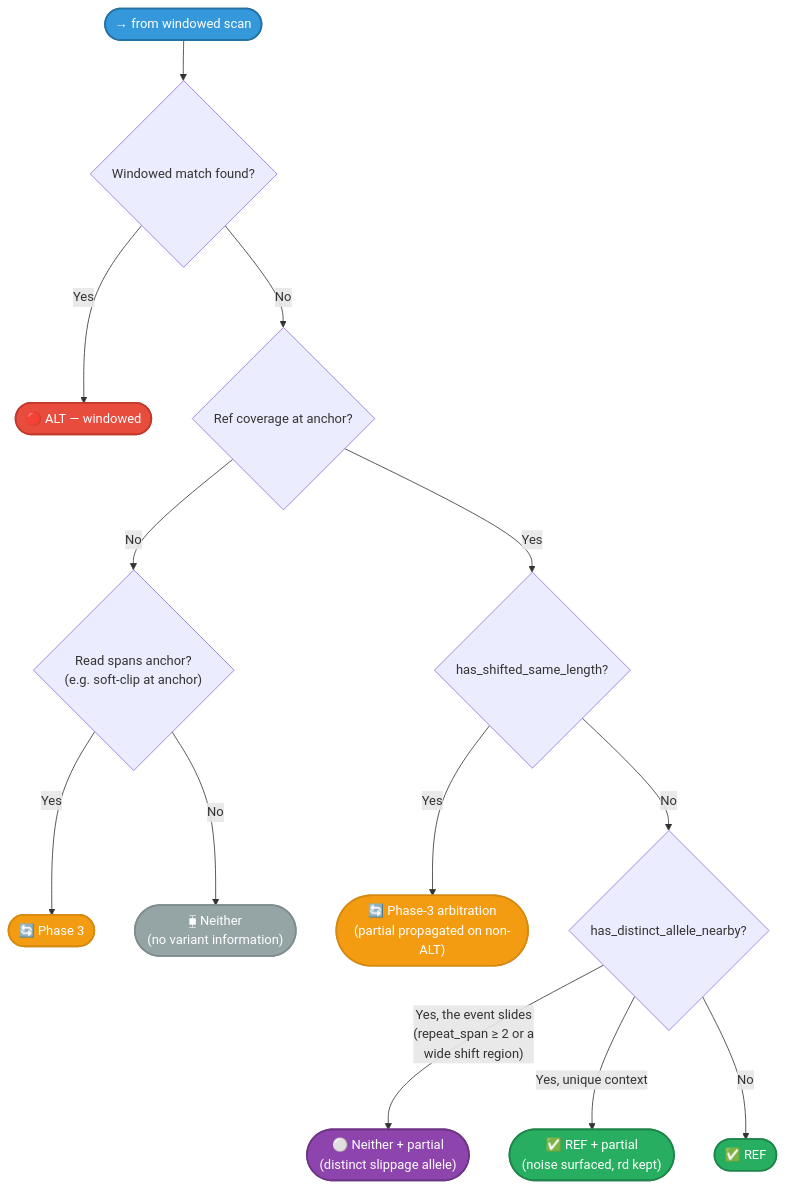
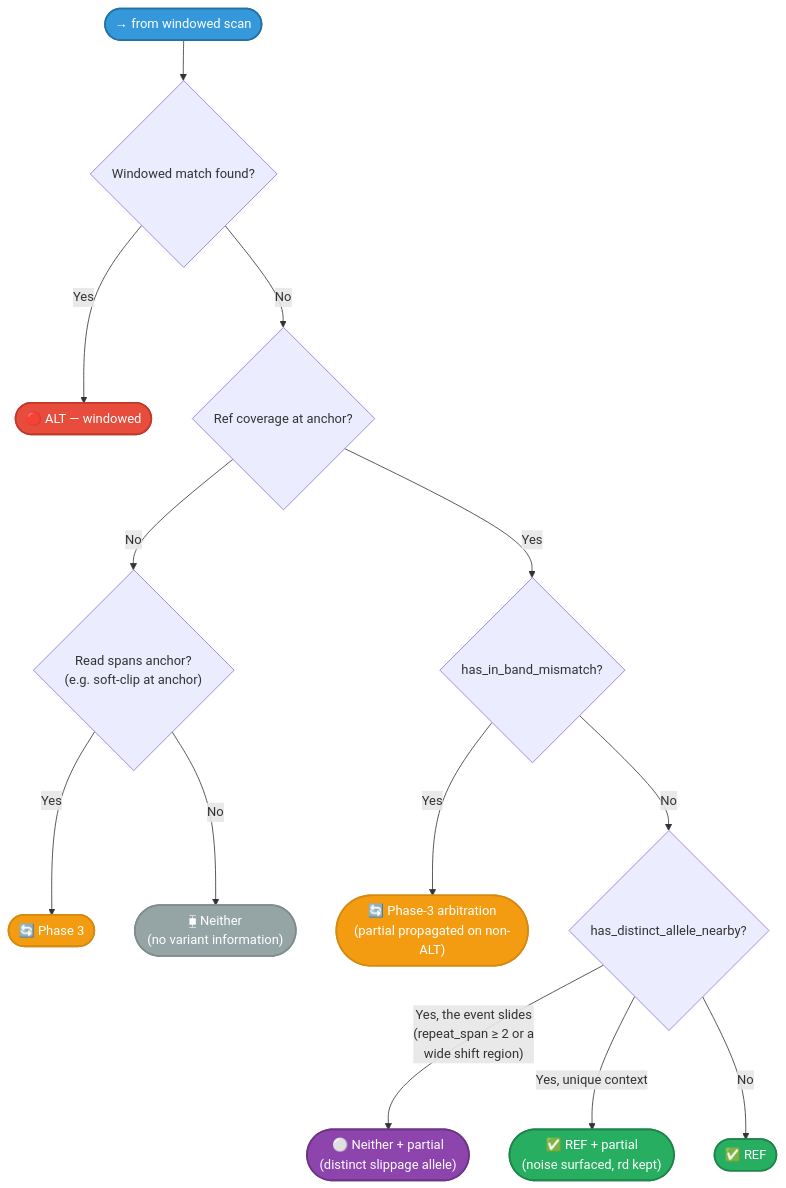
Before and after one commit to msk-access/gbcms: the seventh of 12 diagrams in docs/reference/allele-classification.md, drawn with Mermaid. The commit also changed other lines of this file and 10 other files, not shown here.

First line of the commit message:
fix(counting): judge a same-length insert of other bases by its bases (#243)

````diff
--- a/docs/reference/allele-classification.md
+++ b/docs/reference/allele-classification.md
@@ -424,22 +431,22 @@
 ```mermaid
 flowchart TD
     EvalIn(["→ from windowed scan"]):::entry --> Win{"Windowed match found?"}
     Win -->|Yes| WinAlt(["🔴 ALT — windowed"]):::alt
     Win -->|No| Spans{"Ref coverage at anchor?"}
     Spans -->|No| AnchorSpan{"Read spans anchor?\n(e.g. soft-clip at anchor)"}
     AnchorSpan -->|Yes| CPX(["🔄 Phase 3"]):::fallback
     AnchorSpan -->|No| Neither(["⧯ Neither\n(no variant information)"]):::neither
-    Spans -->|Yes| SLCheck{"has_shifted_same_length?"}
-    SLCheck -->|Yes| CPXP(["🔄 Phase-3 arbitration\n(partial propagated on non-ALT)"]):::fallback
-    SLCheck -->|No| WLCheck{"has_distinct_allele_nearby?"}
+    Spans -->|Yes| IBCheck{"has_in_band_mismatch?"}
+    IBCheck -->|Yes| CPXP(["🔄 Phase-3 arbitration\n(partial propagated on non-ALT)"]):::fallback
+    IBCheck -->|No| WLCheck{"has_distinct_allele_nearby?"}
     WLCheck -->|"Yes, the event slides\n(repeat_span ≥ 2 or a\nwide shift region)"| WLPartial(["⚪ Neither + partial\n(distinct slippage allele)"]):::partial
     WLCheck -->|"Yes, unique context"| RefPartial(["✅ REF + partial\n(noise surfaced, rd kept)"]):::ref
     WLCheck -->|No| Ref(["✅ REF"]):::ref
 
     classDef entry fill:#3498db,color:#fff,stroke:#2471a3,stroke-width:2px;
     classDef ref fill:#27ae60,color:#fff,stroke:#1e8449,stroke-width:2px;
     classDef alt fill:#e74c3c,color:#fff,stroke:#c0392b,stroke-width:2px;
     classDef neither fill:#95a5a6,color:#fff,stroke:#7f8c8d,stroke-width:2px;
     classDef partial fill:#8e44ad,color:#fff,stroke:#6c3483,stroke-width:2px;
     classDef fallback fill:#f39c12,color:#fff,stroke:#d68910,stroke-width:2px;
 ```
````
